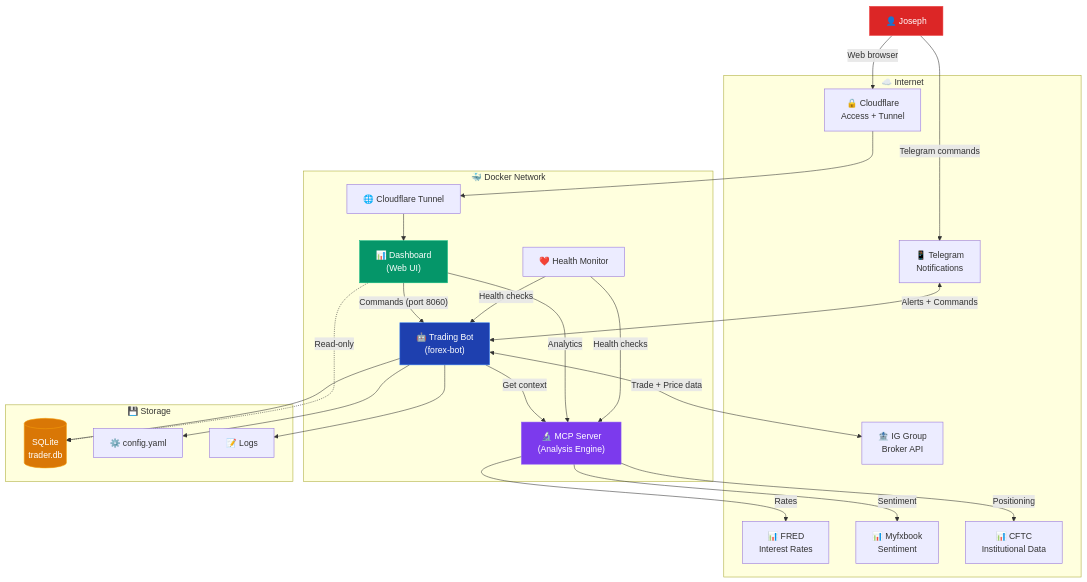
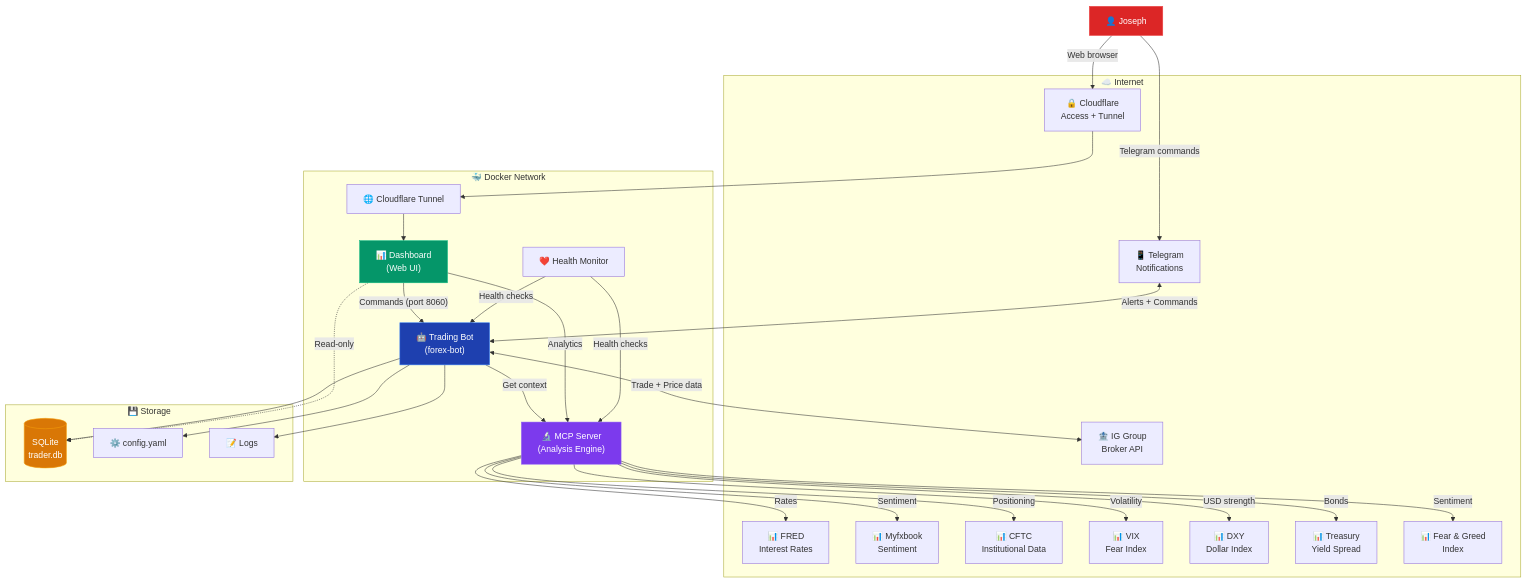
One commit to joegooderham/ai-trader-bot changed the first of 11 diagrams in docs/ARCHITECTURE.md. Above: the diagram before and after it, drawn with Mermaid. The commit also changed other lines of this file and 8 other files, not shown here.

First line of the commit message:
docs: update all documentation for 14 data sources, FinBERT, VIX/DXY/yield

````diff
--- a/docs/ARCHITECTURE.md
+++ b/docs/ARCHITECTURE.md
@@ -15,54 +15,62 @@
 ```mermaid
 graph TB
     subgraph Internet["☁️ Internet"]
         IG["🏦 IG Group<br/>Broker API"]
         TG["📱 Telegram<br/>Notifications"]
         CF["🔒 Cloudflare<br/>Access + Tunnel"]
         FRED["📊 FRED<br/>Interest Rates"]
         MFX["📊 Myfxbook<br/>Sentiment"]
         COT["📊 CFTC<br/>Institutional Data"]
+        VIX_S["📊 VIX<br/>Fear Index"]
+        DXY_S["📊 DXY<br/>Dollar Index"]
+        YIELD["📊 Treasury<br/>Yield Spread"]
+        FNG["📊 Fear & Greed<br/>Index"]
     end
 
     subgraph Docker["🐳 Docker Network"]
         BOT["🤖 Trading Bot<br/>(forex-bot)"]
         MCP["🔬 MCP Server<br/>(Analysis Engine)"]
         DASH["📊 Dashboard<br/>(Web UI)"]
         HM["❤️ Health Monitor"]
         TUNNEL["🌐 Cloudflare Tunnel"]
     end
 
     subgraph Storage["💾 Storage"]
         DB[("SQLite<br/>trader.db")]
         CONFIG["⚙️ config.yaml"]
         LOGS["📝 Logs"]
     end
 
     USER["👤 Joseph"]
 
     USER -->|"Telegram commands"| TG
     USER -->|"Web browser"| CF
     CF --> TUNNEL --> DASH
 
     TG <-->|"Alerts + Commands"| BOT
     BOT <-->|"Trade + Price data"| IG
     BOT -->|"Get context"| MCP
     DASH -->|"Commands (port 8060)"| BOT
     DASH -->|"Analytics"| MCP
     HM -->|"Health checks"| BOT
     HM -->|"Health checks"| MCP
 
     MCP -->|"Rates"| FRED
     MCP -->|"Sentiment"| MFX
     MCP -->|"Positioning"| COT
+    MCP -->|"Volatility"| VIX_S
+    MCP -->|"USD strength"| DXY_S
+    MCP -->|"Bonds"| YIELD
+    MCP -->|"Sentiment"| FNG
 
     BOT --> DB
     BOT --> CONFIG
     BOT --> LOGS
     DASH -.->|"Read-only"| DB
 
     style BOT fill:#1e40af,stroke:#3b82f6,color:#fff
     style MCP fill:#7c3aed,stroke:#8b5cf6,color:#fff
     style DASH fill:#059669,stroke:#10b981,color:#fff
     style DB fill:#d97706,stroke:#f59e0b,color:#fff
     style USER fill:#dc2626,stroke:#ef4444,color:#fff
 ```
````
